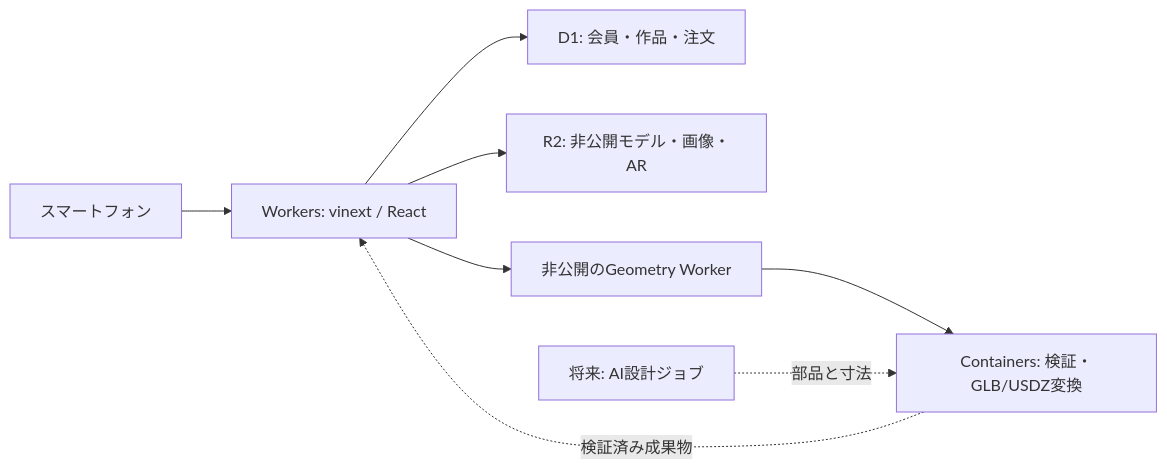
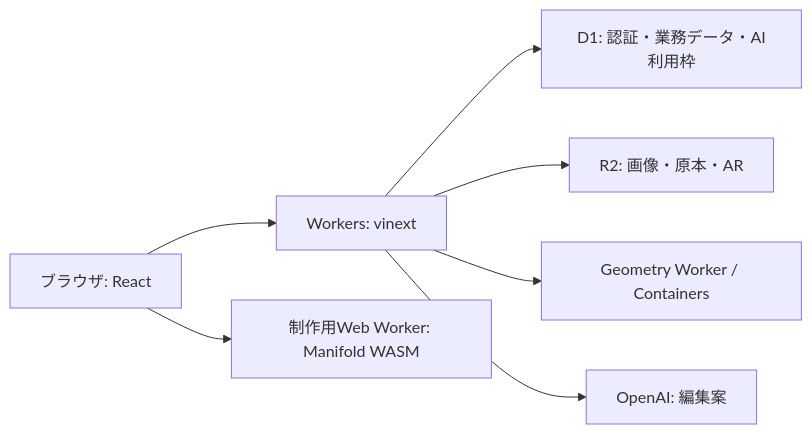
The diagram in docs/product-architecture.md (wavy535/oshikatsu-3dprint), drawn with Mermaid before and after one commit. The commit also changed other lines of this file and 23 other files, not shown here.

````diff
--- a/docs/product-architecture.md
+++ b/docs/product-architecture.md
@@ -26,10 +19,9 @@
 ```mermaid
 flowchart LR
-  U[スマートフォン] --> W[Workers: vinext / React]
-  W --> D[D1: 会員・作品・注文]
-  W --> R[R2: 非公開モデル・画像・AR]
-  W --> G[非公開のGeometry Worker]
-  G --> C[Containers: 検証・GLB/USDZ変換]
-  A[将来: AI設計ジョブ] -. 部品と寸法 .-> C
-  C -. 検証済み成果物 .-> W
+  B[ブラウザ: React] --> W[Workers: vinext]
+  B --> E[制作用Web Worker: Manifold WASM]
+  W --> D[D1: 認証・業務データ・AI利用枠]
+  W --> R[R2: 画像・原本・AR]
+  W --> G[Geometry Worker / Containers]
+  W --> A[OpenAI: 編集案]
 ```
````
